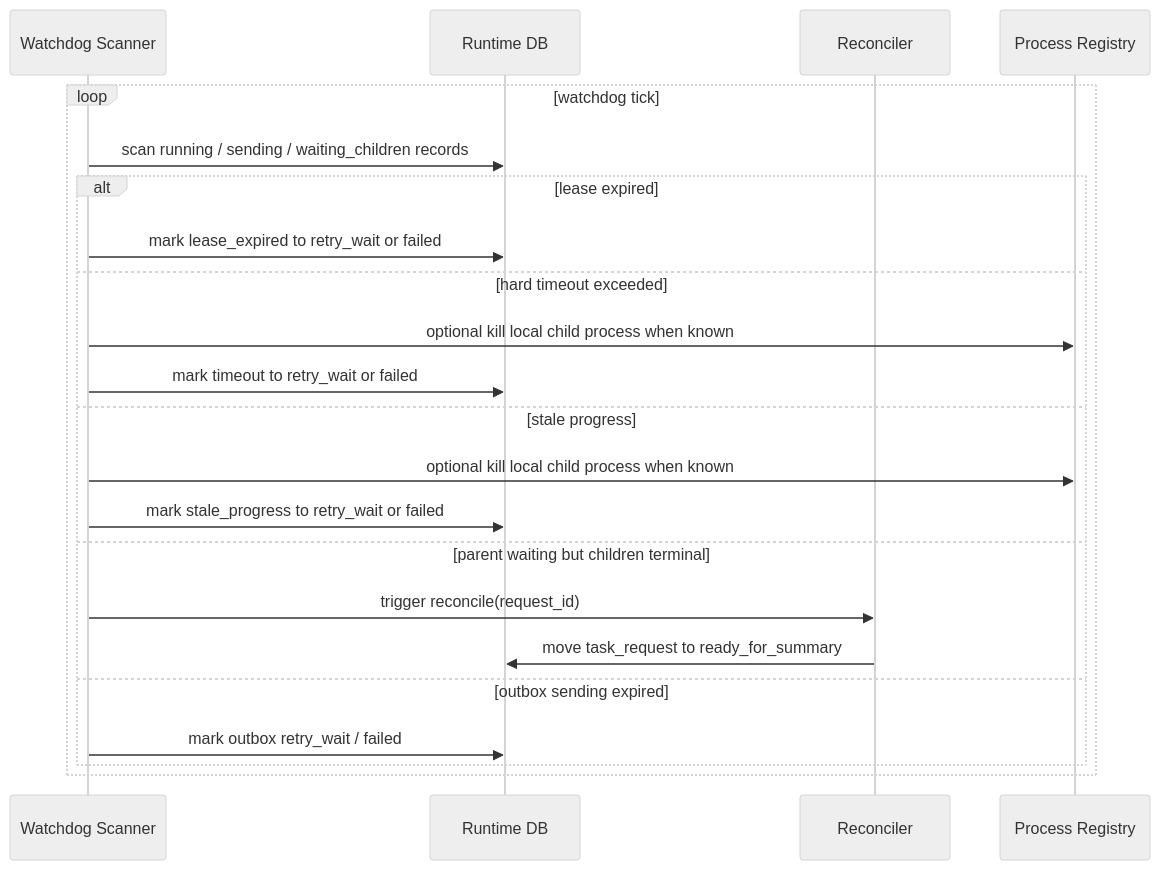
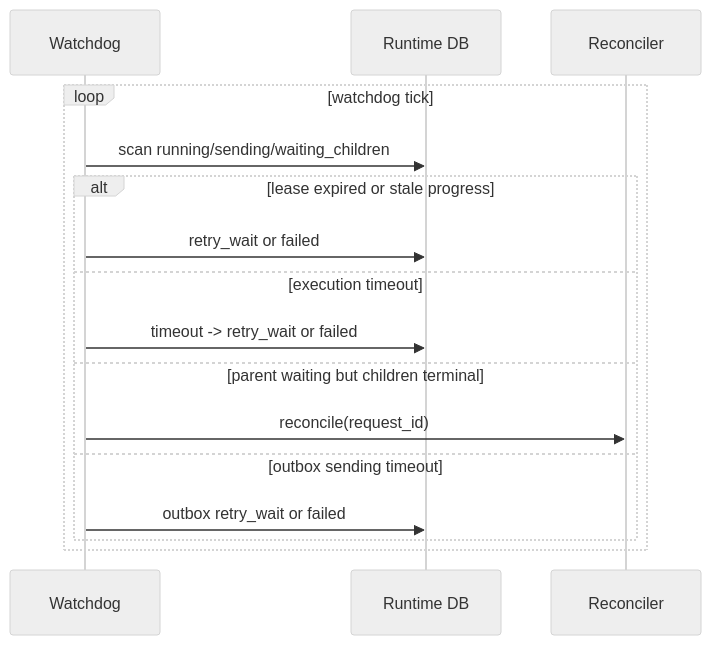
The sixth of 6 diagrams in docs/arch/current-system-architecture-design.md (knighterrantsky/mujitask), drawn with Mermaid (neutral theme) before and after one commit. The commit also changed other lines of this file and 49 other files, not shown here.

Commit message:
Add layered architecture contracts

````diff
--- a/docs/arch/current-system-architecture-design.md
+++ b/docs/arch/current-system-architecture-design.md
@@ -407,26 +399,19 @@
 ```mermaid
 sequenceDiagram
-    participant WD as Watchdog Scanner
+    participant WD as Watchdog
     participant DB as Runtime DB
     participant Rec as Reconciler
-    participant PM as Process Registry
 
     loop watchdog tick
-        WD->>DB: scan running / sending / waiting_children records
-
-        alt lease expired
-            WD->>DB: mark lease_expired to retry_wait or failed
-        else hard timeout exceeded
-            WD->>PM: optional kill local child process when known
-            WD->>DB: mark timeout to retry_wait or failed
-        else stale progress
-            WD->>PM: optional kill local child process when known
-            WD->>DB: mark stale_progress to retry_wait or failed
+        WD->>DB: scan running/sending/waiting_children
+        alt lease expired or stale progress
+            WD->>DB: retry_wait or failed
+        else execution timeout
+            WD->>DB: timeout -> retry_wait or failed
         else parent waiting but children terminal
-            WD->>Rec: trigger reconcile(request_id)
-            Rec->>DB: move task_request to ready_for_summary
-        else outbox sending expired
-            WD->>DB: mark outbox retry_wait / failed
+            WD->>Rec: reconcile(request_id)
+        else outbox sending timeout
+            WD->>DB: outbox retry_wait or failed
         end
     end
 ```
````
